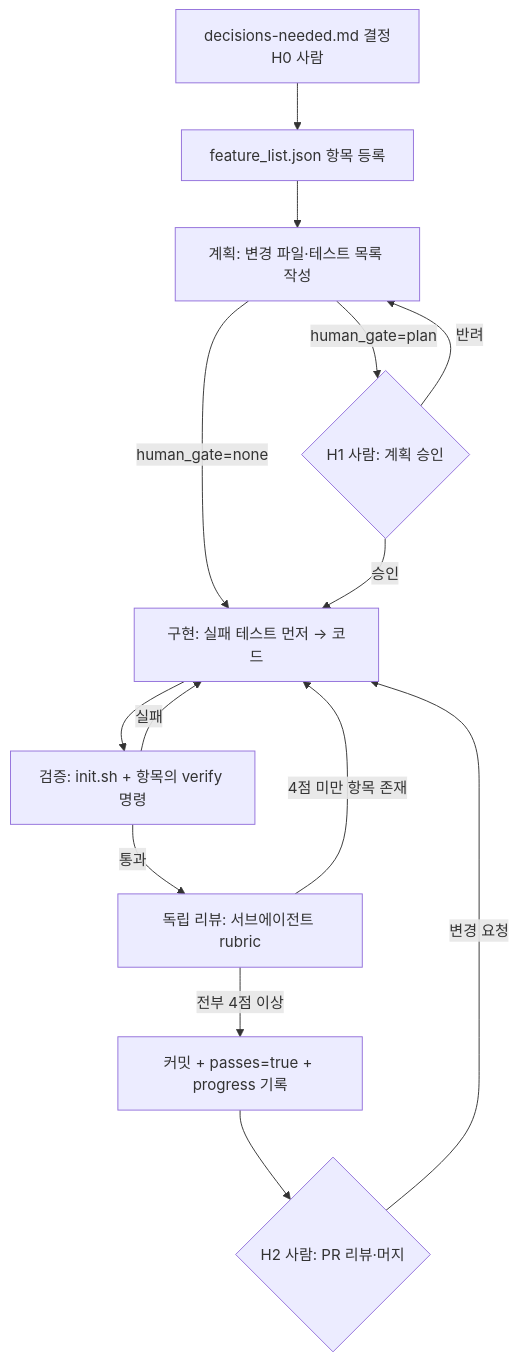
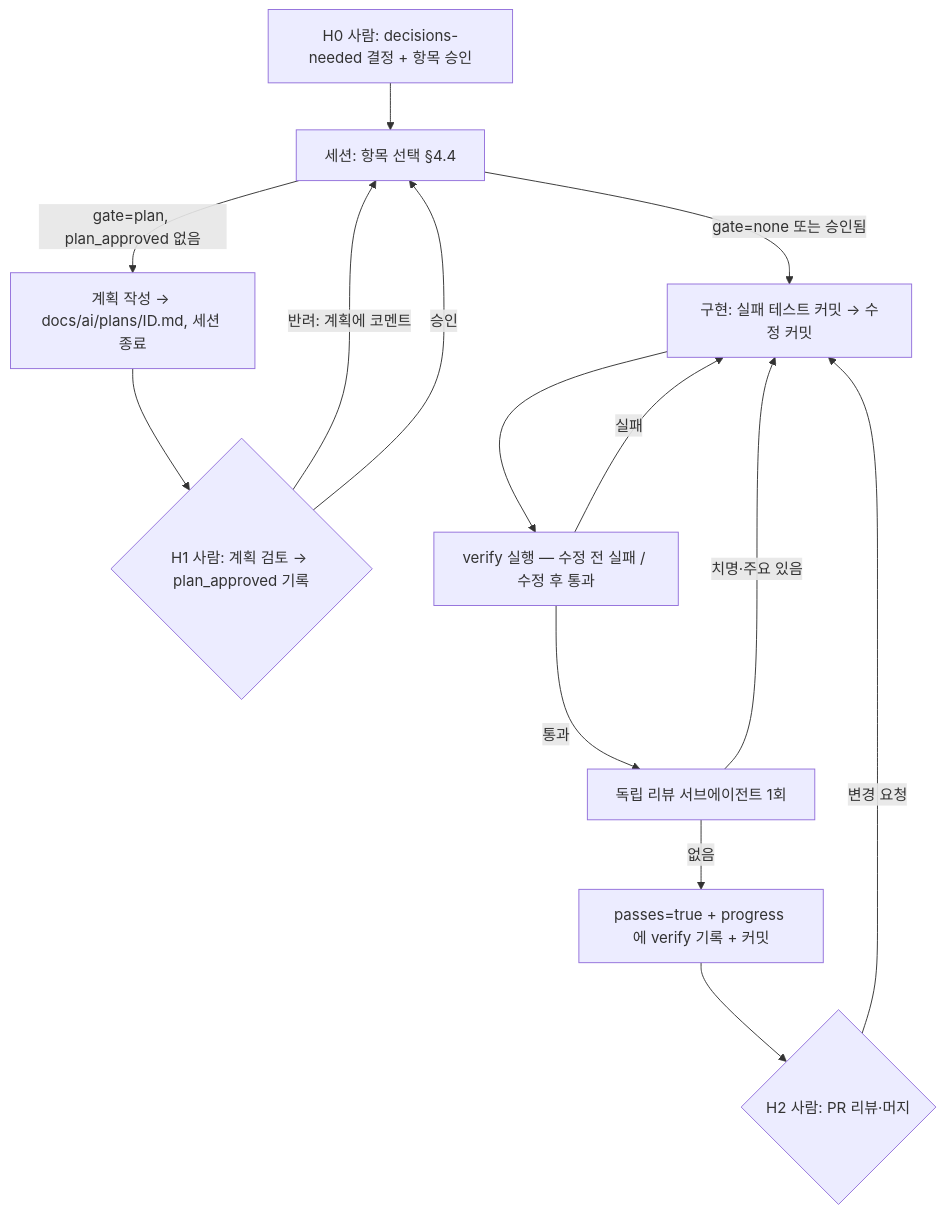
One commit to kimhyomin97/project-tmi-core changed the diagram in docs/ai/ai-workflow.md. Above: the diagram before and after it, drawn with Mermaid. The commit also changed other lines of this file and 4 other files, not shown here.

````diff
--- a/docs/ai/ai-workflow.md
+++ b/docs/ai/ai-workflow.md
@@ -50,16 +60,16 @@
 ```mermaid
 flowchart TD
-    D[decisions-needed.md 결정<br/>H0 사람] --> F[feature_list.json 항목 등록]
-    F --> P[계획: 변경 파일·테스트 목록 작성]
-    P -->|human_gate=plan| H1{H1 사람: 계획 승인}
-    P -->|human_gate=none| I
-    H1 -->|승인| I[구현: 실패 테스트 먼저 → 코드]
-    H1 -->|반려| P
-    I --> V[검증: init.sh + 항목의 verify 명령]
+    D[H0 사람: decisions-needed 결정 + 항목 승인] --> S[세션: 항목 선택 §4.4]
+    S -->|gate=plan, plan_approved 없음| P[계획 작성 → docs/ai/plans/ID.md, 세션 종료]
+    P --> H1{H1 사람: 계획 검토 → plan_approved 기록}
+    H1 -->|반려: 계획에 코멘트| S
+    H1 -->|승인| S
+    S -->|gate=none 또는 승인됨| I[구현: 실패 테스트 커밋 → 수정 커밋]
+    I --> V[verify 실행 — 수정 전 실패 / 수정 후 통과]
     V -->|실패| I
-    V -->|통과| R[독립 리뷰: 서브에이전트 rubric]
-    R -->|4점 미만 항목 존재| I
-    R -->|전부 4점 이상| C[커밋 + passes=true + progress 기록]
+    V -->|통과| R[독립 리뷰 서브에이전트 1회]
+    R -->|치명·주요 있음| I
+    R -->|없음| C[passes=true + progress 에 verify 기록 + 커밋]
     C --> H2{H2 사람: PR 리뷰·머지}
     H2 -->|변경 요청| I
 ```
````
